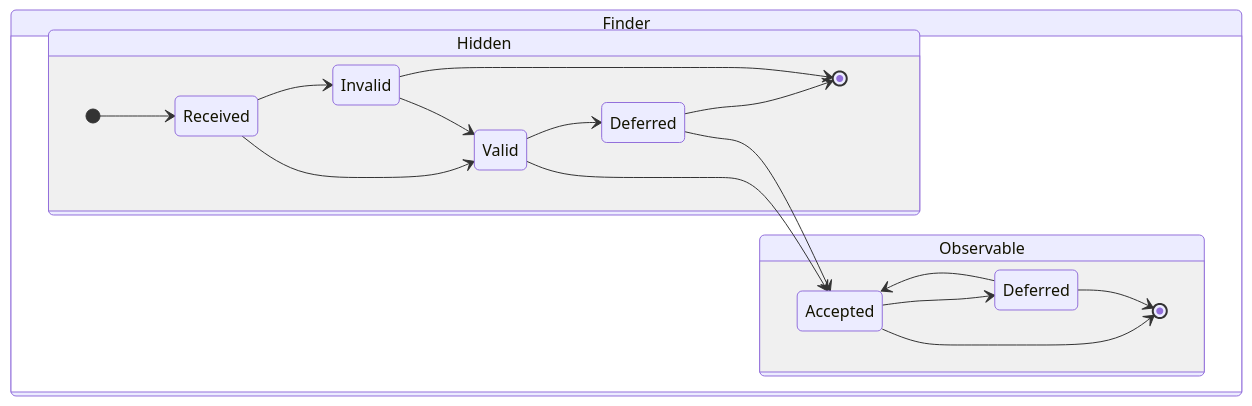
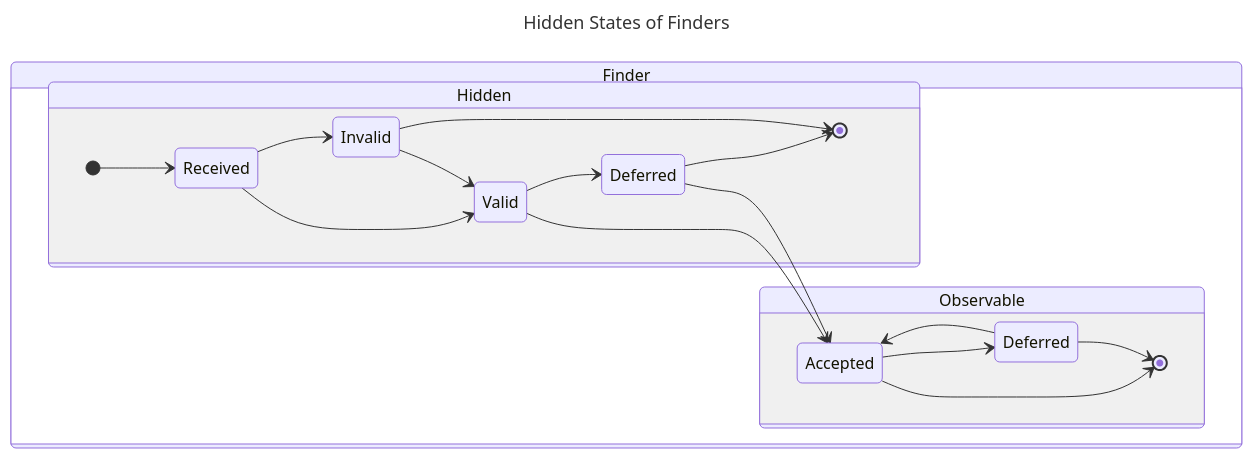
One commit to CERTCC/Vultron changed the first of 8 diagrams in docs/process_models/rm/rm_interactions.md. Above: the diagram before and after it, drawn with Mermaid. The commit also changed other lines of this file and 4 other files, not shown here.

Commit message:
add some diagram titles

````diff
--- a/docs/process_models/rm/rm_interactions.md
+++ b/docs/process_models/rm/rm_interactions.md
@@ -43,33 +43,36 @@
 ```mermaid
+---
+title: Hidden States of Finders
+---
 stateDiagram-v2
     direction LR
     state Finder {
         direction LR
         A: Accepted
         state Hidden {
             direction LR
             R: Received
             I: Invalid
             V: Valid
             D: Deferred
             [*] --> R
             R --> I
             R --> V
             V --> D
             I --> V
             V --> A
             D --> A
             D --> [*]
             I--> [*]
         }
         state Observable {
             direction LR
             D2: Deferred
             A --> D2
             D2 --> A
             A --> [*]
             D2 --> [*]
         }
                 
     }
 ```
````
